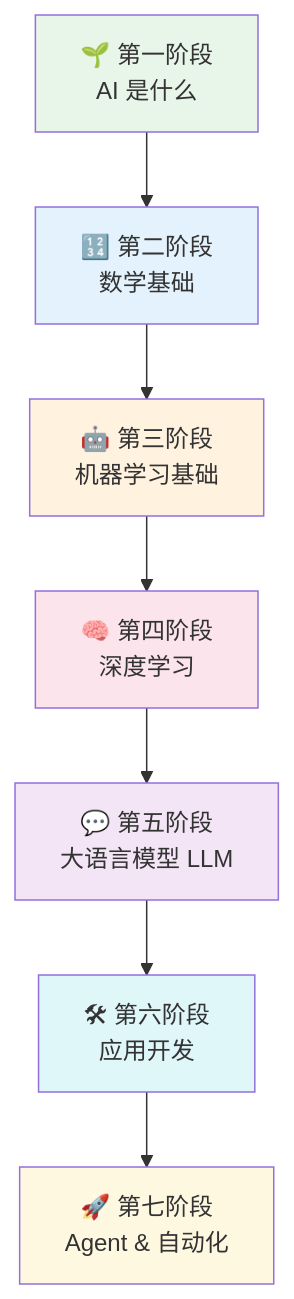
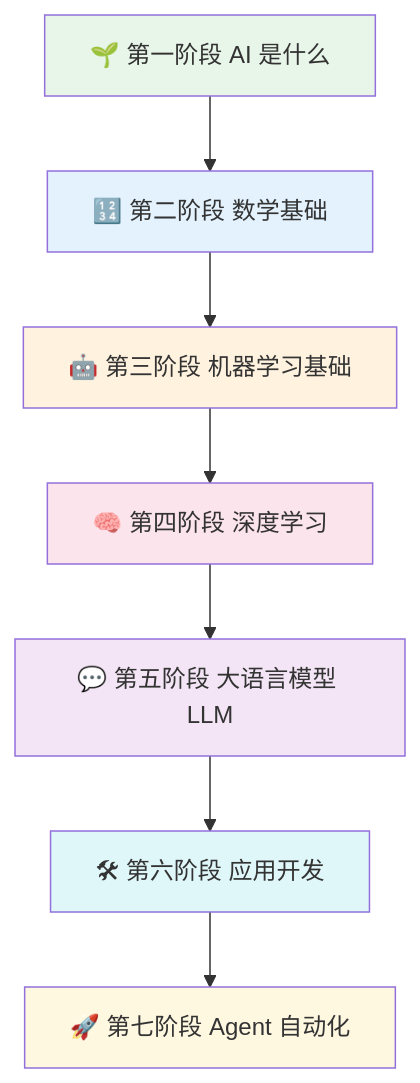
Before and after one commit to ildream/learnAI: the first of 9 diagrams in docs/ai-fundamentals/index.md, drawn with Mermaid. The commit also changed other lines of this file and 2 other files, not shown here.

Commit message:
fix: remove all \n from mermaid diagrams

````diff
--- a/docs/ai-fundamentals/index.md
+++ b/docs/ai-fundamentals/index.md
@@ -9,17 +9,17 @@
 ```mermaid
 graph TD
-    A[🌱 第一阶段\nAI 是什么] --> B[🔢 第二阶段\n数学基础]
-    B --> C[🤖 第三阶段\n机器学习基础]
-    C --> D[🧠 第四阶段\n深度学习]
-    D --> E[💬 第五阶段\n大语言模型 LLM]
-    E --> F[🛠 第六阶段\n应用开发]
-    F --> G[🚀 第七阶段\nAgent & 自动化]
+    A[🌱 第一阶段 AI 是什么] --> B[🔢 第二阶段 数学基础]
+    B --> C[🤖 第三阶段 机器学习基础]
+    C --> D[🧠 第四阶段 深度学习]
+    D --> E[💬 第五阶段 大语言模型 LLM]
+    E --> F[🛠 第六阶段 应用开发]
+    F --> G[🚀 第七阶段 Agent 自动化]
 
     style A fill:#e8f5e9
     style B fill:#e3f2fd
     style C fill:#fff3e0
     style D fill:#fce4ec
     style E fill:#f3e5f5
     style F fill:#e0f7fa
     style G fill:#fff8e1
 ```
````
